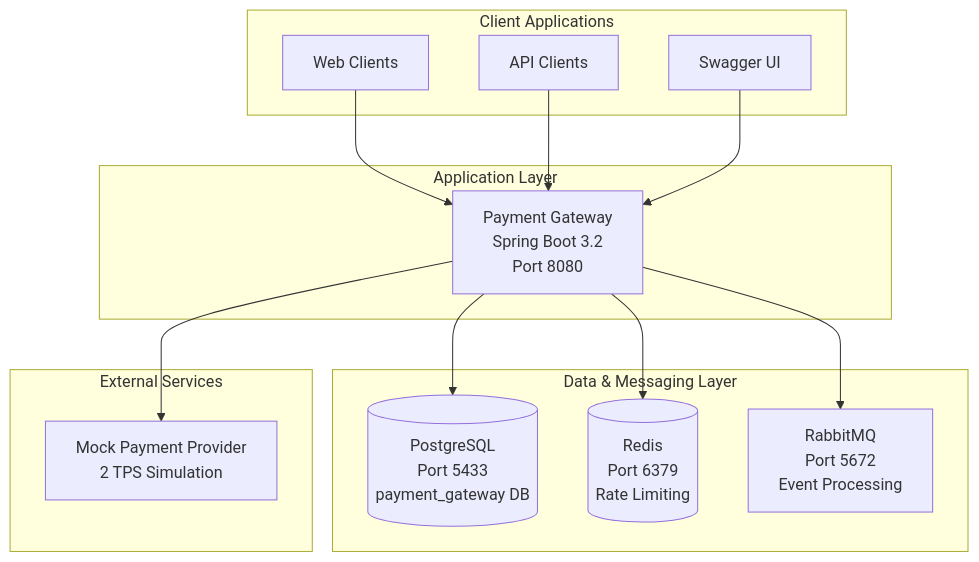
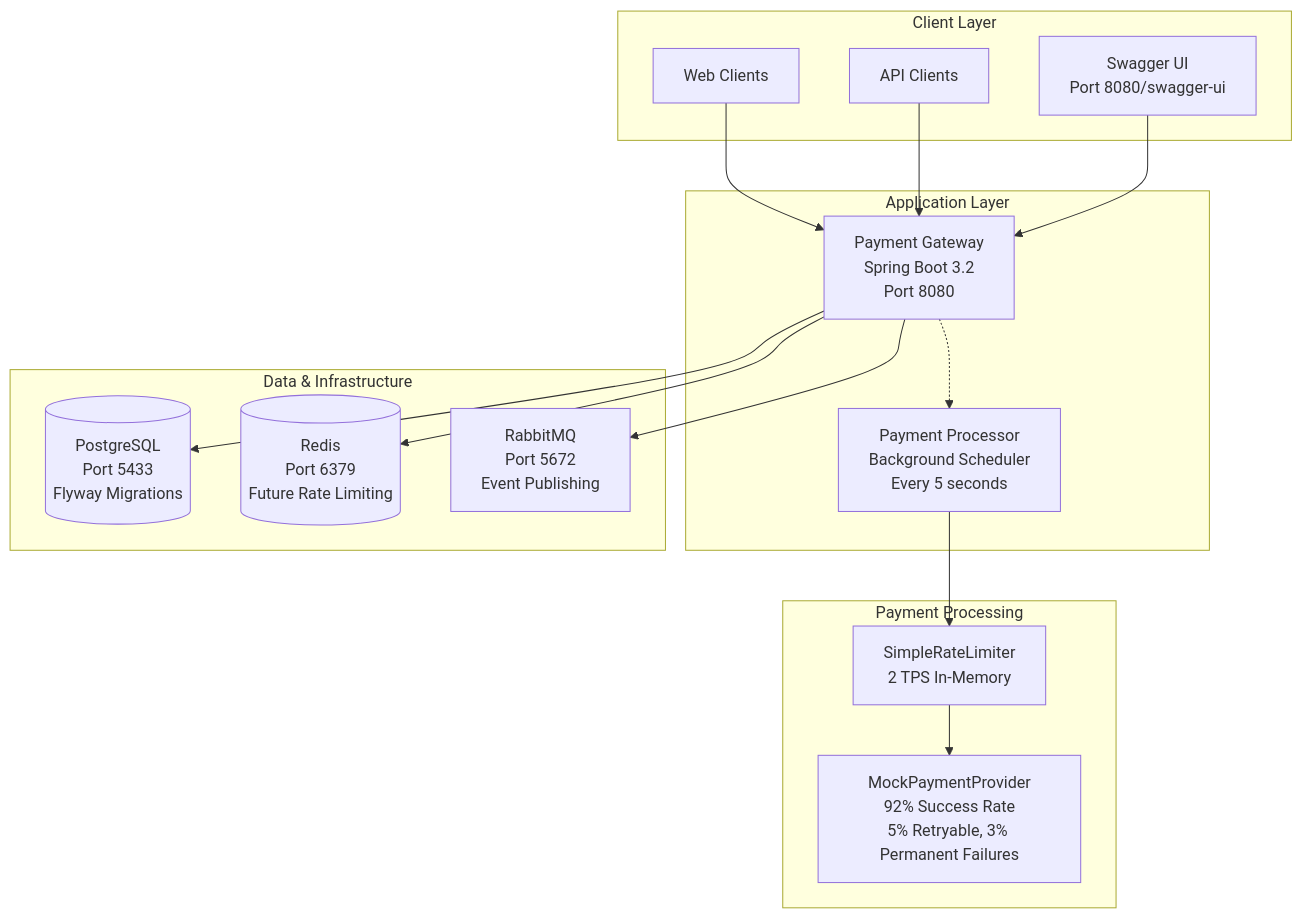
Before and after one commit to Nardos-Tsega/po: the first of 2 diagrams in README.md, drawn with Mermaid. The commit also changed other lines of this file and 7 other files, not shown here.

Commit message:
mock payment gatewau

````diff
--- a/README.md
+++ b/README.md
@@ -13,31 +13,37 @@
 ```mermaid
 graph TB
-    subgraph "Client Applications"
+    subgraph "Client Layer"
         WEB[Web Clients]
         API[API Clients]
-        SWAGGER[Swagger UI]
+        SWAGGER[Swagger UI<br/>Port 8080/swagger-ui]
     end
     
     subgraph "Application Layer"
         APP[Payment Gateway<br/>Spring Boot 3.2<br/>Port 8080]
+        SCHEDULER[Payment Processor<br/>Background Scheduler<br/>Every 5 seconds]
     end
     
-    subgraph "Data & Messaging Layer"
-        DB[(PostgreSQL<br/>Port 5433<br/>payment_gateway DB)]
-        REDIS[(Redis<br/>Port 6379<br/>Rate Limiting)]
-        RABBIT[RabbitMQ<br/>Port 5672<br/>Event Processing]
+    subgraph "Data & Infrastructure"
+        DB[(PostgreSQL<br/>Port 5433<br/>Flyway Migrations)]
+        REDIS[(Redis<br/>Port 6379<br/>Future Rate Limiting)]
+        RABBIT[RabbitMQ<br/>Port 5672<br/>Event Publishing]
     end
     
-    subgraph "External Services"
-        MOCK[Mock Payment Provider<br/>2 TPS Simulation]
+    subgraph "Payment Processing"
+        LIMITER[SimpleRateLimiter<br/>2 TPS In-Memory]
+        MOCK[MockPaymentProvider<br/>92% Success Rate<br/>5% Retryable, 3% Permanent Failures]
     end
     
     WEB --> APP
     API --> APP
     SWAGGER --> APP
     
     APP --> DB
     APP --> REDIS
     APP --> RABBIT
-    APP --> MOCK
+    
+    SCHEDULER --> LIMITER
+    LIMITER --> MOCK
+    
+    APP -.-> SCHEDULER
 ```
````
